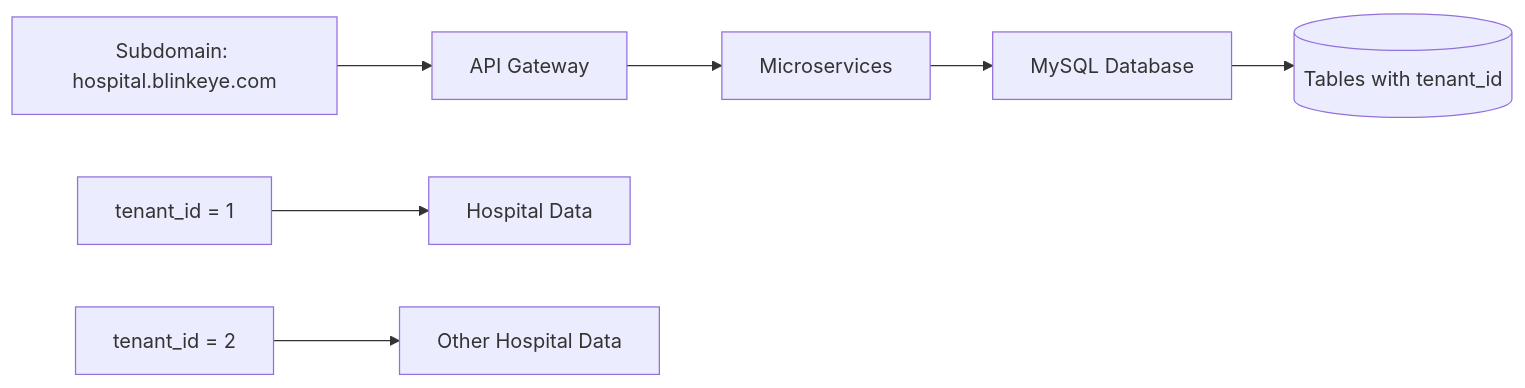
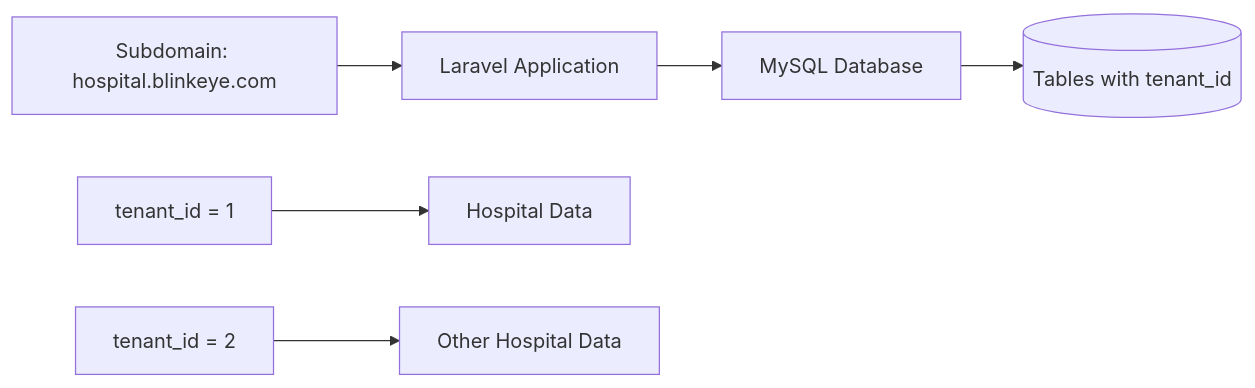
Before and after one commit to Tarun-developer/blink_eye: the third of 3 diagrams in README.md, drawn with Mermaid. The commit also changed other lines of this file and 2 other files, not shown here.

````diff
--- a/README.md
+++ b/README.md
@@ -51,10 +51,9 @@
 ```mermaid
 graph LR
-    A[Subdomain: hospital.blinkeye.com] --> B[API Gateway]
-    B --> C[Microservices]
-    C --> D[MySQL Database]
-    D --> E[(Tables with tenant_id)]
+    A[Subdomain: hospital.blinkeye.com] --> B[Laravel Application]
+    B --> C[MySQL Database]
+    C --> D[(Tables with tenant_id)]
 
-    F[tenant_id = 1] --> G[Hospital Data]
-    H[tenant_id = 2] --> I[Other Hospital Data]
+    E[tenant_id = 1] --> F[Hospital Data]
+    G[tenant_id = 2] --> H[Other Hospital Data]
 ```
````
